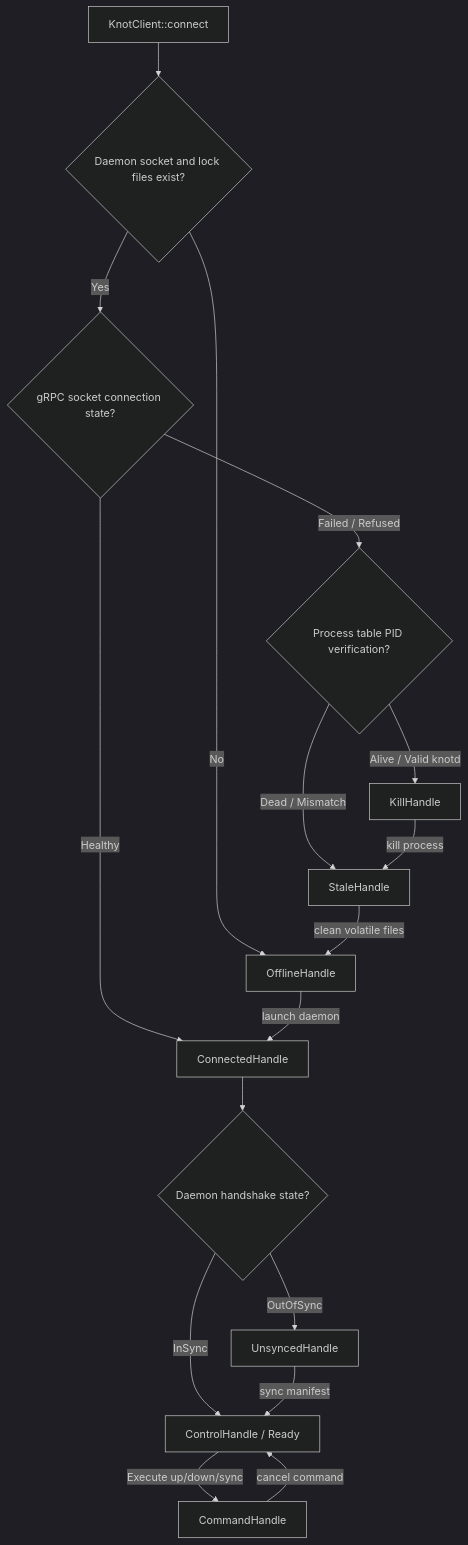
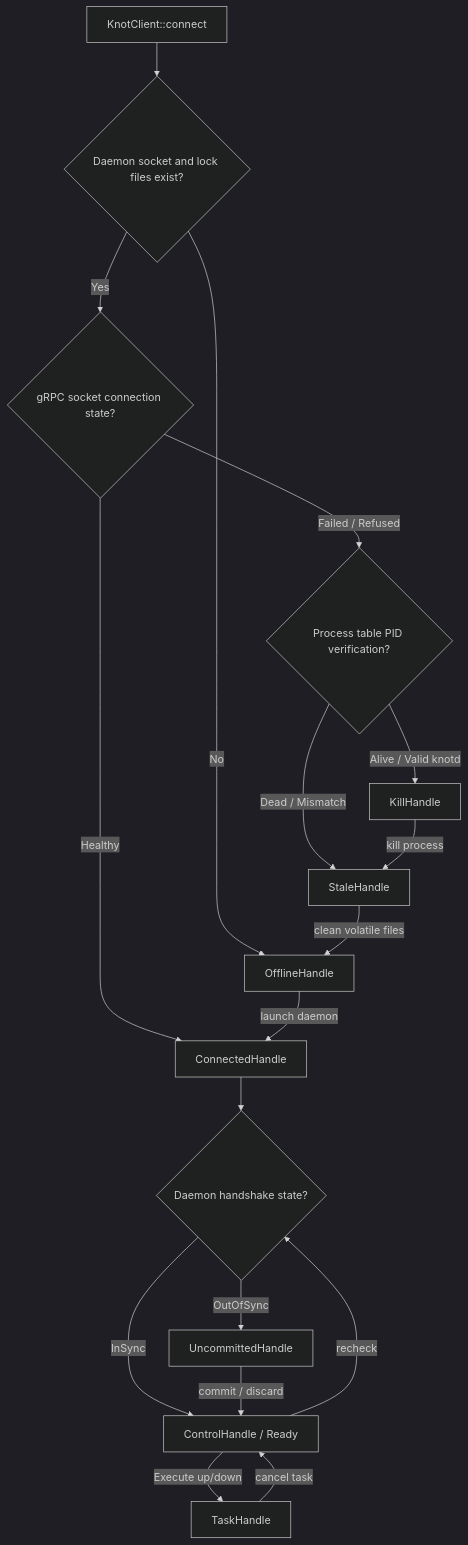
Before and after one commit to kand1ss/knot-ops: the diagram in components/sdk/facade/docs/flow.md, drawn with Mermaid (dark theme). The commit also changed 30 other files, not shown here.

````diff
--- a/components/sdk/facade/docs/flow.md
+++ b/components/sdk/facade/docs/flow.md
@@ -1,19 +1,20 @@
 ```mermaid
 flowchart TD
     Client[KnotClient::connect] --> QArtifacts{Daemon socket and lock files exist?}
     QArtifacts -->|No| Offline[OfflineHandle]
     QArtifacts -->|Yes| QConnection{gRPC socket connection state?}
     QConnection -->|Healthy| Connected[ConnectedHandle]
     QConnection -->|Failed / Refused| QProcess{Process table PID verification?}
     QProcess -->|Alive / Valid knotd| Kill[KillHandle]
     QProcess -->|Dead / Mismatch| Stale[StaleHandle]
     Kill -->|kill process| Stale
     Stale -->|clean volatile files| Offline
     Offline -->|launch daemon| Connected
     Connected --> QHandshake{Daemon handshake state?}
     QHandshake -->|InSync| Control[ControlHandle / Ready]
-    QHandshake -->|OutOfSync| Unsynced[UnsyncedHandle]
-    Unsynced -->|sync manifest| Control
-    Control -->|Execute up/down/sync| Command[CommandHandle]
-    Command -->|cancel command| Control
+    QHandshake -->|OutOfSync| Uncommitted[UncommittedHandle]
+    Uncommitted -->|commit / discard| Control
+    Control -->|recheck| QHandshake
+    Control -->|Execute up/down| Task[TaskHandle]
+    Task -->|cancel task| Control
 ```
````
